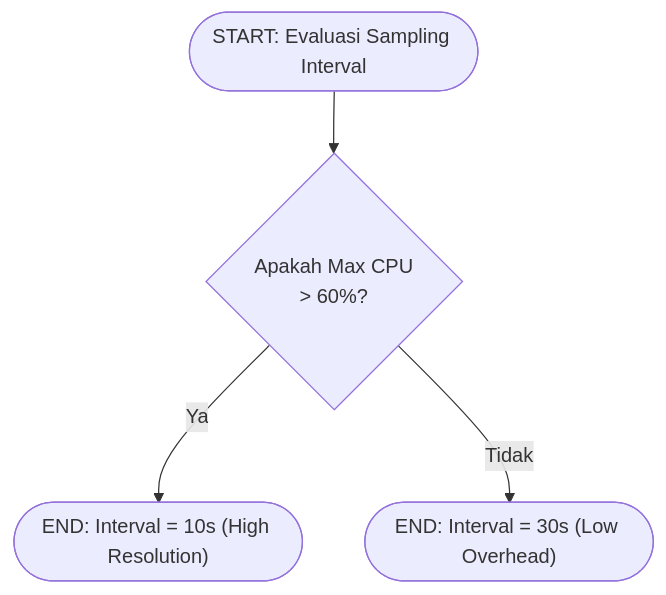
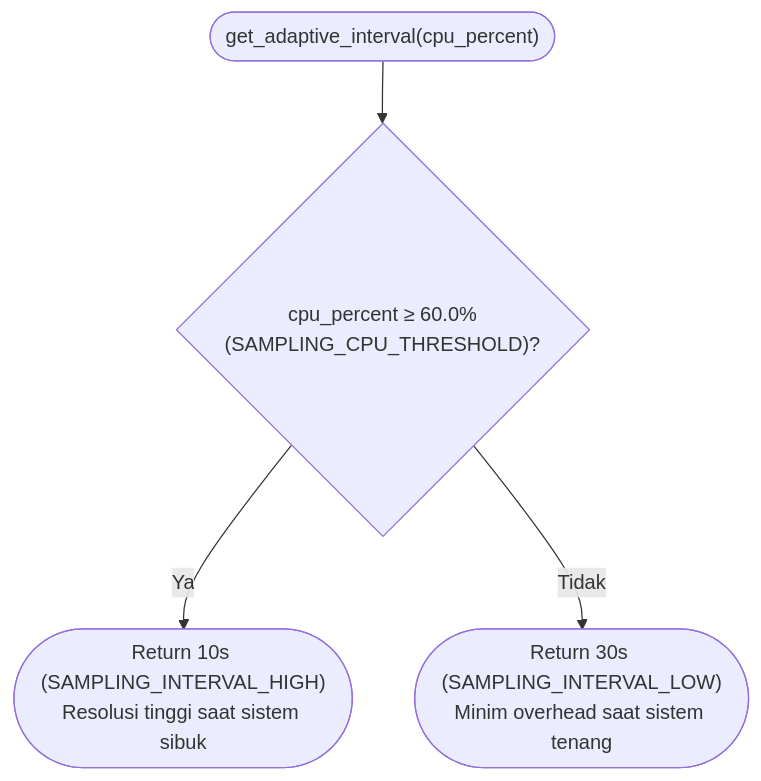
The third of 3 diagrams in architecture-diagrams/layer-2-monitor/01_monitor_get_stats.md (fauzanreza/green-container-framework), drawn with Mermaid before and after one commit. The commit also changed other lines of this file and 18 other files, not shown here.

````diff
--- a/architecture-diagrams/layer-2-monitor/01_monitor_get_stats.md
+++ b/architecture-diagrams/layer-2-monitor/01_monitor_get_stats.md
@@ -129,12 +130,12 @@
 ```mermaid
 flowchart TD
-    START(["START: Evaluasi Sampling Interval"])
+    START_INTERVAL(["get_adaptive_interval(cpu_percent)"])
 
-    SIBUK{"Apakah Max CPU<br/>> 60%?"}
-    SELESAI_SERING(["END: Interval = 10s (High Resolution)"])
-    SELESAI_JARANG(["END: Interval = 30s (Low Overhead)"])
+    CEK_BEBAN{"cpu_percent ≥ 60.0%<br/>(SAMPLING_CPU_THRESHOLD)?"}
+    INTERVAL_10S(["Return 10s (SAMPLING_INTERVAL_HIGH)<br/>Resolusi tinggi saat sistem sibuk"])
+    INTERVAL_30S(["Return 30s (SAMPLING_INTERVAL_LOW)<br/>Minim overhead saat sistem tenang"])
 
-    START --> SIBUK
-    SIBUK -->|Ya| SELESAI_SERING
-    SIBUK -->|Tidak| SELESAI_JARANG
+    START_INTERVAL --> CEK_BEBAN
+    CEK_BEBAN -->|Ya| INTERVAL_10S
+    CEK_BEBAN -->|Tidak| INTERVAL_30S
 ```
````
